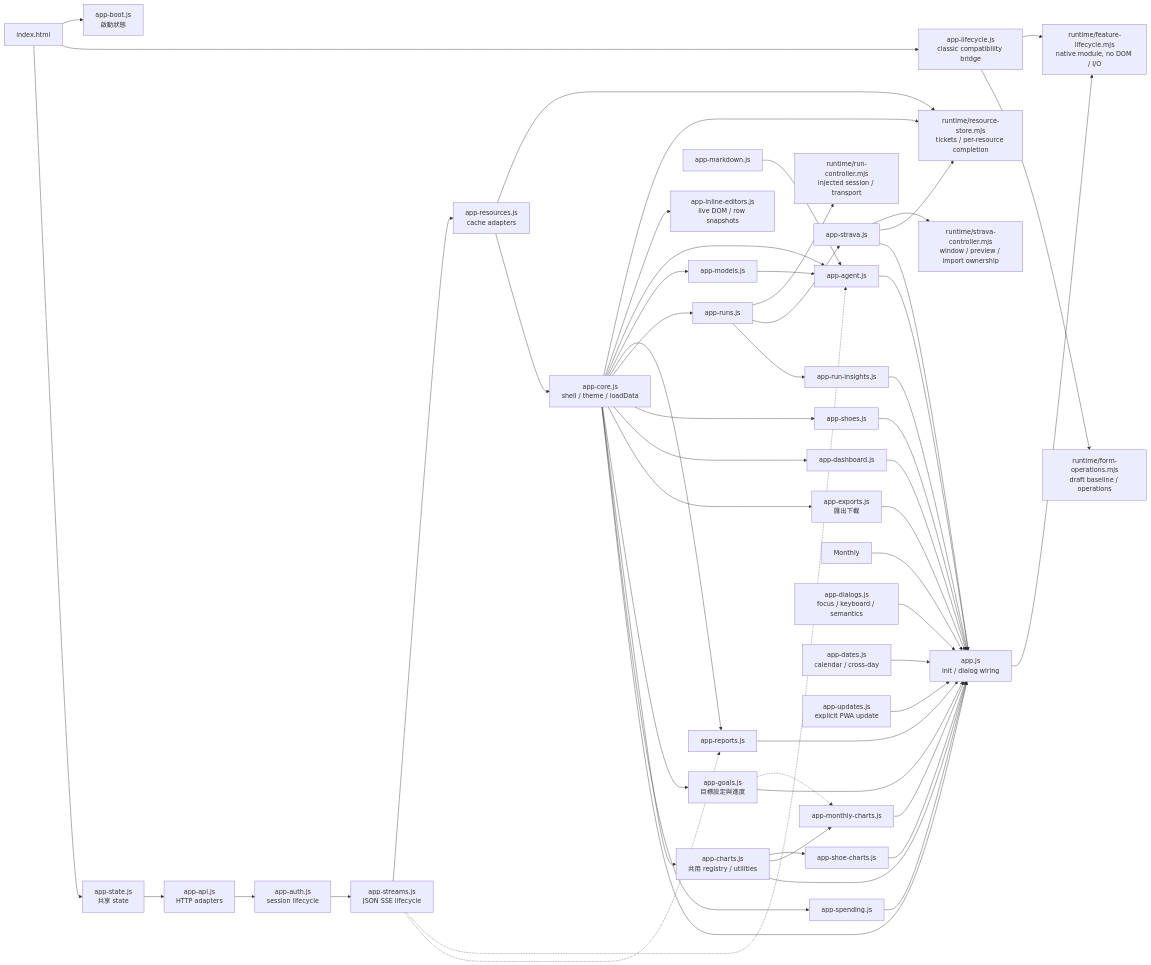
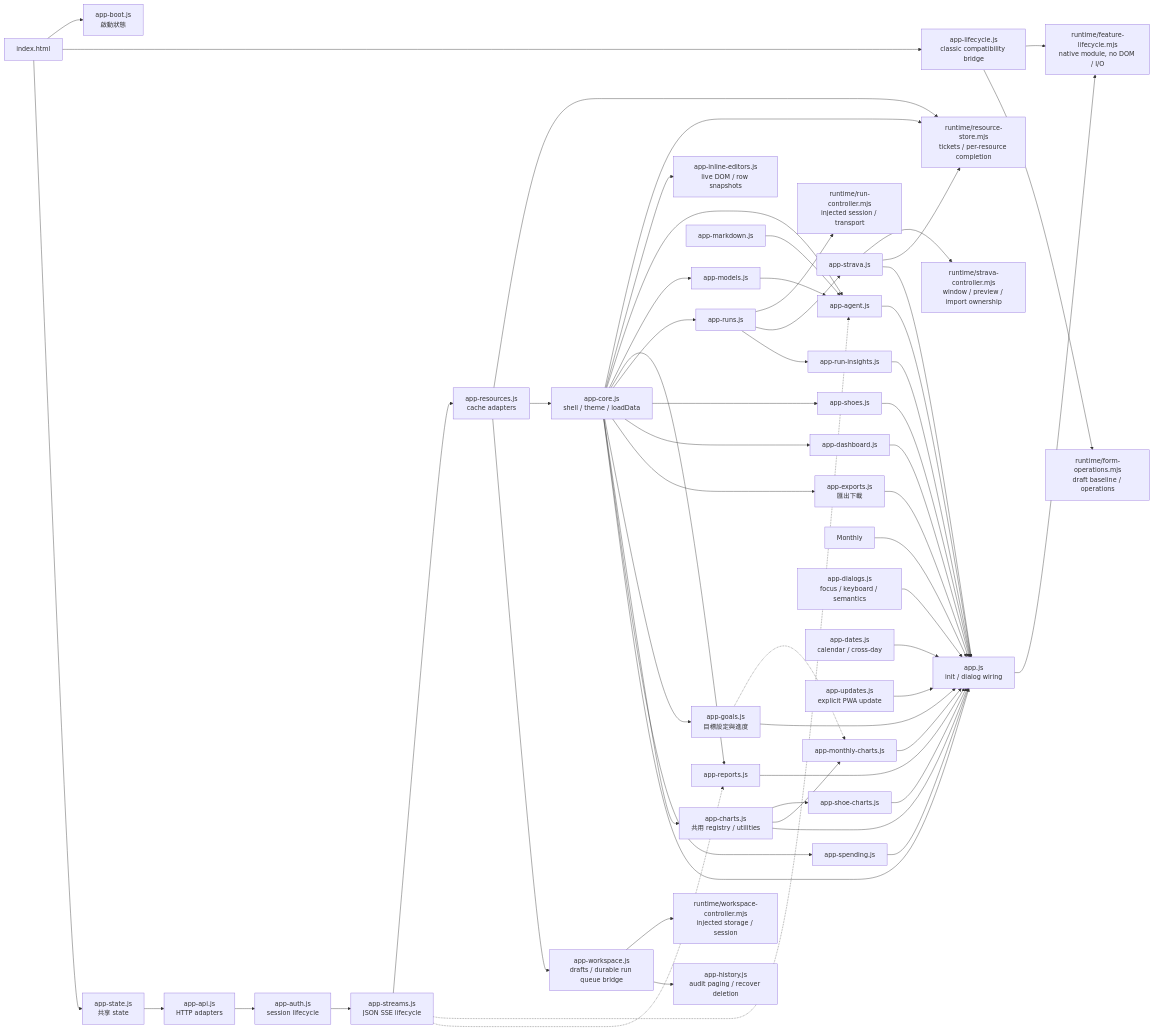
The sixth of 15 diagrams in docs/architecture.md (Teng91/running-shoes), drawn with Mermaid before and after one commit. The commit also changed other lines of this file and 56 other files, not shown here.

````diff
--- a/docs/architecture.md
+++ b/docs/architecture.md
@@ -200,56 +200,59 @@
 ```mermaid
 flowchart LR
     HTML[index.html] --> Boot[app-boot.js<br/>啟動狀態]
     HTML --> Lifecycle[app-lifecycle.js<br/>classic compatibility bridge]
     Bootstrap --> Native[runtime/feature-lifecycle.mjs<br/>native module, no DOM / I/O]
     Lifecycle --> Native
     HTML --> State[app-state.js<br/>共享 state]
     State --> API[app-api.js<br/>HTTP adapters]
     API --> AuthUI[app-auth.js<br/>session lifecycle]
     AuthUI --> Streams[app-streams.js<br/>JSON SSE lifecycle]
     Streams --> Resources[app-resources.js<br/>cache adapters]
     Resources --> Store[runtime/resource-store.mjs<br/>tickets / per-resource completion]
     Resources --> Core[app-core.js<br/>shell / theme / loadData]
+    Resources --> Workspace[app-workspace.js<br/>drafts / durable run queue bridge]
+    Workspace --> WorkspaceNative[runtime/workspace-controller.mjs<br/>injected storage / session]
+    Workspace --> History[app-history.js<br/>audit paging / recover deletion]
     Core --> Store
     Core --> Inline[app-inline-editors.js<br/>live DOM / row snapshots]
     Lifecycle --> Forms[runtime/form-operations.mjs<br/>draft baseline / operations]
     Streams -.-> AgentUI
     Streams -.-> ReportsUI
     Core --> AgentUI[app-agent.js]
     Core --> ModelsUI[app-models.js]
     ModelsUI --> AgentUI
     MarkdownUI[app-markdown.js] --> AgentUI
     Core --> ReportsUI[app-reports.js]
     Core --> RunCRUD[app-runs.js]
     RunCRUD --> RunNative[runtime/run-controller.mjs<br/>injected session / transport]
     RunCRUD --> StravaUI[app-strava.js]
     StravaUI --> StravaNative[runtime/strava-controller.mjs<br/>window / preview / import ownership]
     StravaUI --> Store
     RunCRUD --> RunInsights[app-run-insights.js]
     Core --> ShoesUI[app-shoes.js]
     Core --> Dashboard[app-dashboard.js]
     Core --> ExportsUI[app-exports.js<br/>匯出下載]
     Core --> GoalsUI[app-goals.js<br/>目標設定與進度]
     Core --> Charts[app-charts.js<br/>共用 registry / utilities]
     Charts --> ShoeCharts[app-shoe-charts.js]
     Charts --> MileageCharts[app-monthly-charts.js]
     GoalsUI -.-> MileageCharts
     Core --> Spending[app-spending.js]
     Core --> Bootstrap[app.js<br/>init / dialog wiring]
     AgentUI --> Bootstrap
     ReportsUI --> Bootstrap
     StravaUI --> Bootstrap
     RunInsights --> Bootstrap
     ShoesUI --> Bootstrap
     Dashboard --> Bootstrap
     Monthly --> Bootstrap
     ExportsUI --> Bootstrap
     GoalsUI --> Bootstrap
     Charts --> Bootstrap
     ShoeCharts --> Bootstrap
     MileageCharts --> Bootstrap
     Spending --> Bootstrap
     Dialogs[app-dialogs.js<br/>focus / keyboard / semantics] --> Bootstrap
     Dates[app-dates.js<br/>calendar / cross-day] --> Bootstrap
     Updates[app-updates.js<br/>explicit PWA update] --> Bootstrap
 ```
````
